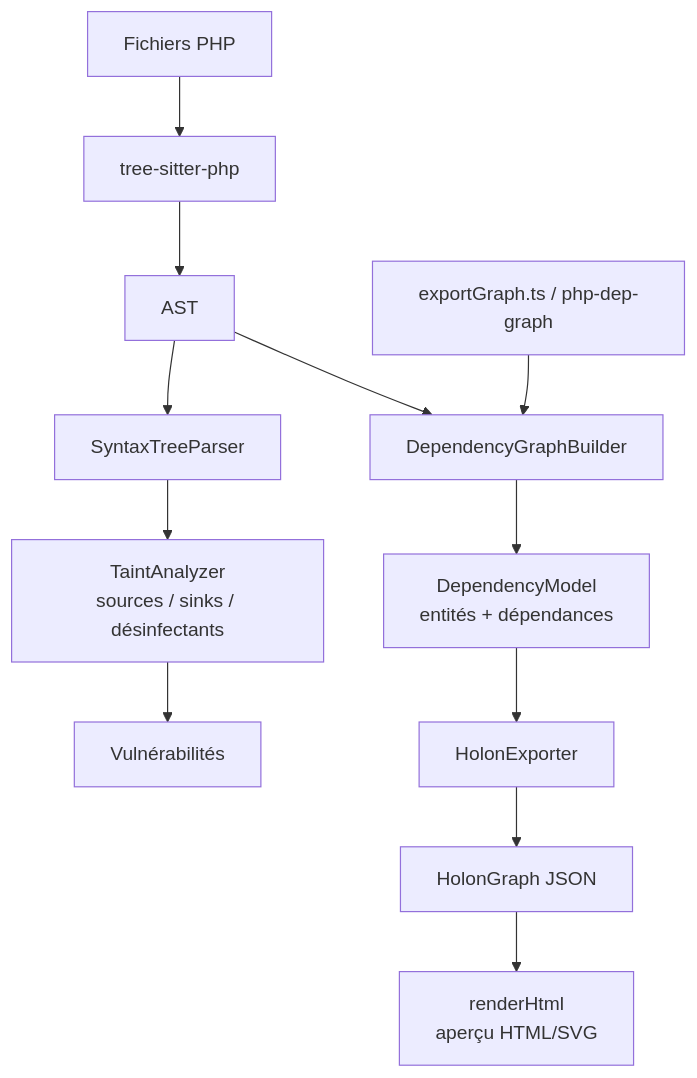
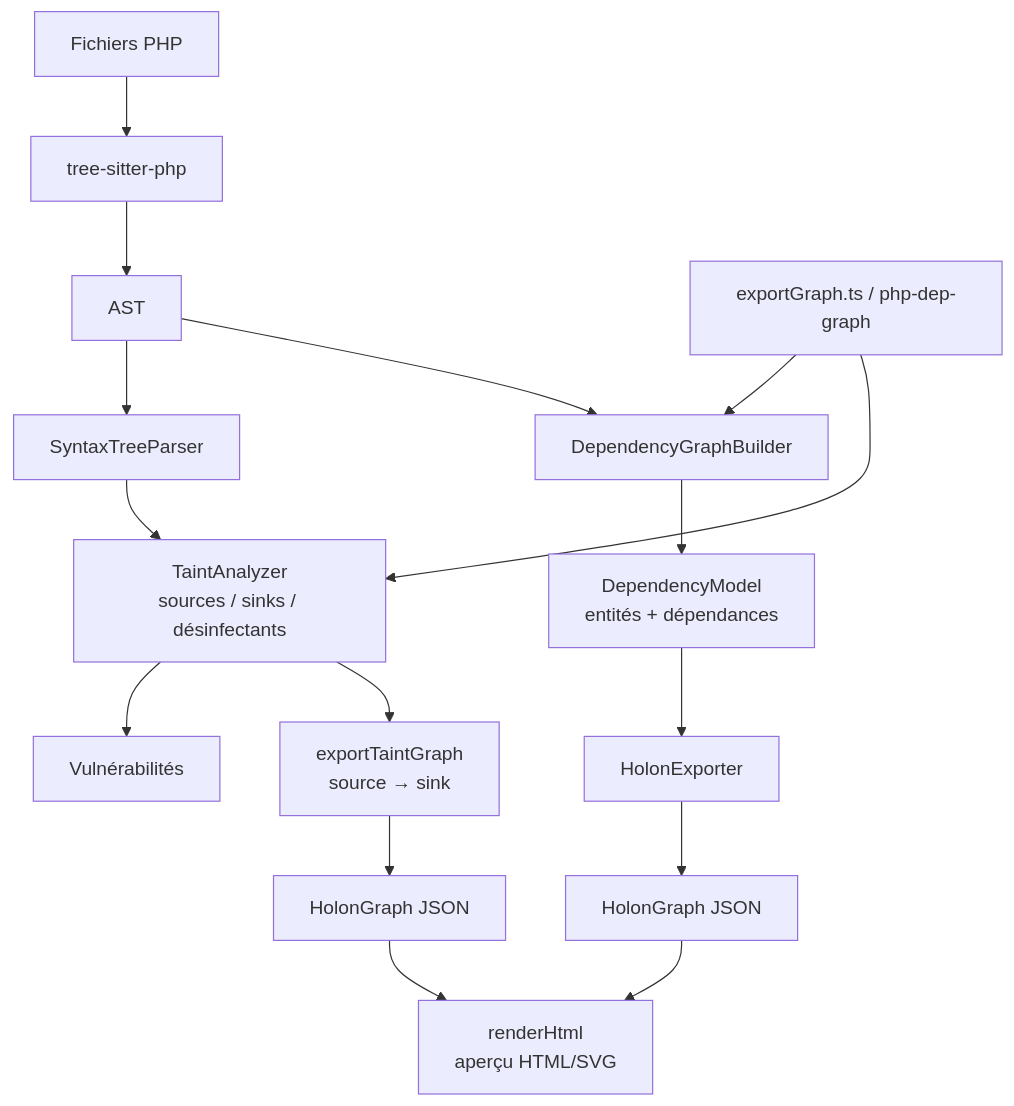
One commit to venantvr-security/typescript.PHP.Sec.Scan changed the second of 2 diagrams in CLAUDE.md. Above: the diagram before and after it, drawn with Mermaid. The commit also changed other lines of this file and 9 other files, not shown here.

````diff
--- a/CLAUDE.md
+++ b/CLAUDE.md
@@ -50,17 +50,23 @@
 ```mermaid
 flowchart TD
     PHP[Fichiers PHP] --> Parser[tree-sitter-php]
     Parser --> AST[AST]
 
     AST --> STP[SyntaxTreeParser]
     STP --> Taint[TaintAnalyzer<br/>sources / sinks / désinfectants]
     Taint --> Vulns[Vulnérabilités]
 
+    Taint --> TG[exportTaintGraph<br/>source → sink]
+    TG --> Holon2[HolonGraph JSON]
+
     AST --> DGB[DependencyGraphBuilder]
     DGB --> Model[DependencyModel<br/>entités + dépendances]
     Model --> HE[HolonExporter]
     HE --> Graph[HolonGraph JSON]
+
     Graph --> Render[renderHtml<br/>aperçu HTML/SVG]
+    Holon2 --> Render
 
     CLI[exportGraph.ts / php-dep-graph] --> DGB
+    CLI --> Taint
 ```
````
